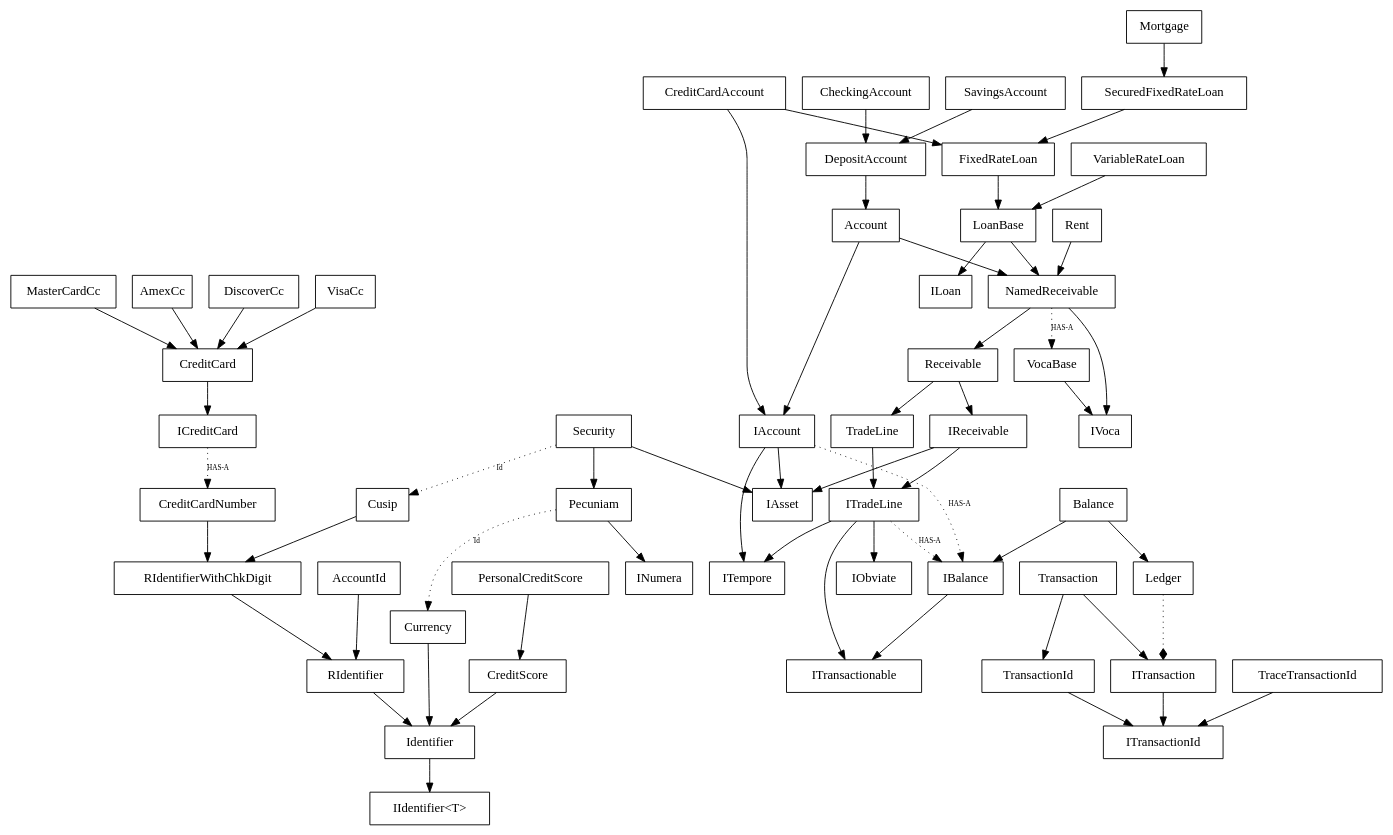
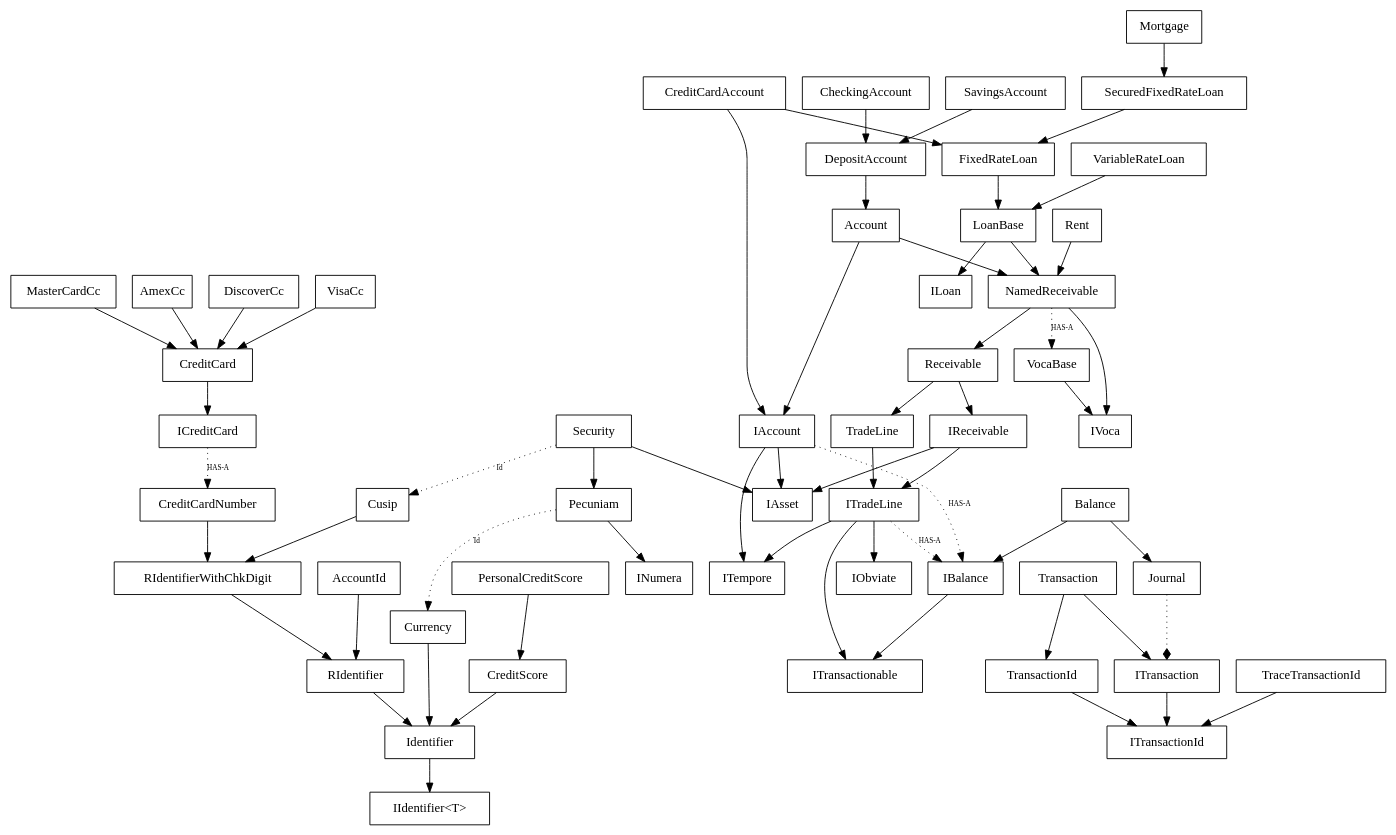
The diagram in trunk/Code/NoFuture/Rand/Sp/__ClassDiagram.gv (nofuture-git/31g), drawn with Graphviz before and after one commit. The commit also changed 6 other files, not shown here.

```diff
--- a/trunk/Code/NoFuture/Rand/Sp/__ClassDiagram.gv
+++ b/trunk/Code/NoFuture/Rand/Sp/__ClassDiagram.gv
@@ -1,65 +1,65 @@
 digraph noFutureRandDataSp {
     node [fontname=Consolas, shape=box]
     
     StringId [label="IIdentifier<T>"]
     
     Mortgage -> SecuredFixedRateLoan
     SecuredFixedRateLoan -> FixedRateLoan
     CreditCardAccount -> FixedRateLoan
     CreditCardAccount -> IAccount
     FixedRateLoan -> LoanBase
     LoanBase -> NamedReceivable
     Rent -> NamedReceivable
     CheckingAccount -> DepositAccount
     SavingsAccount -> DepositAccount
     Account -> NamedReceivable
     Account -> IAccount
     DepositAccount -> Account
     Receivable -> IReceivable
     Receivable -> TradeLine
     IReceivable -> ITradeLine
     IReceivable -> IAsset
     VocaBase -> IVoca
     LoanBase -> ILoan
     TradeLine -> ITradeLine
     ITradeLine -> ITempore
     ITradeLine -> ITransactionable
     ITradeLine -> IObviate
     IAccount -> IAsset
     IAccount -> IBalance [style="dotted" label="HAS-A",fontname=Consolas, fontsize=8]
     IAccount -> ITempore
     NamedReceivable -> Receivable
     NamedReceivable -> IVoca
     ITradeLine -> IBalance [style="dotted" label="HAS-A",fontname=Consolas, fontsize=8]
     Balance -> IBalance
-    Balance -> Ledger
+    Balance -> Journal
     VariableRateLoan -> LoanBase
     Security -> IAsset
     Security -> Pecuniam
     Security -> Cusip [style="dotted", label="Id",fontname=Consolas, fontsize=8]
     Cusip -> RIdentifierWithChkDigit
     RIdentifierWithChkDigit -> RIdentifier
     RIdentifier -> Identifier
     Pecuniam -> Currency [style="dotted", label="Id",fontname=Consolas, fontsize=8]
     Currency -> Identifier
     Pecuniam -> INumera
     CreditScore -> Identifier
     PersonalCreditScore -> CreditScore
     CreditCardNumber -> RIdentifierWithChkDigit
     VisaCc -> CreditCard
     MasterCardCc -> CreditCard
     AmexCc -> CreditCard
     DiscoverCc -> CreditCard
     CreditCard -> ICreditCard
     ICreditCard -> CreditCardNumber [style="dotted" label="HAS-A",fontname=Consolas, fontsize=8]
     Identifier -> StringId
     IBalance -> ITransactionable
     AccountId -> RIdentifier
-    Ledger -> ITransaction [style="dotted" arrowhead="diamond"]
+    Journal -> ITransaction [style="dotted" arrowhead="diamond"]
     Transaction -> ITransaction
     Transaction -> TransactionId
     ITransaction -> ITransactionId
     TransactionId -> ITransactionId
     TraceTransactionId -> ITransactionId
     NamedReceivable -> VocaBase [style="dotted" label="HAS-A",fontname=Consolas, fontsize=8]
 }
```
